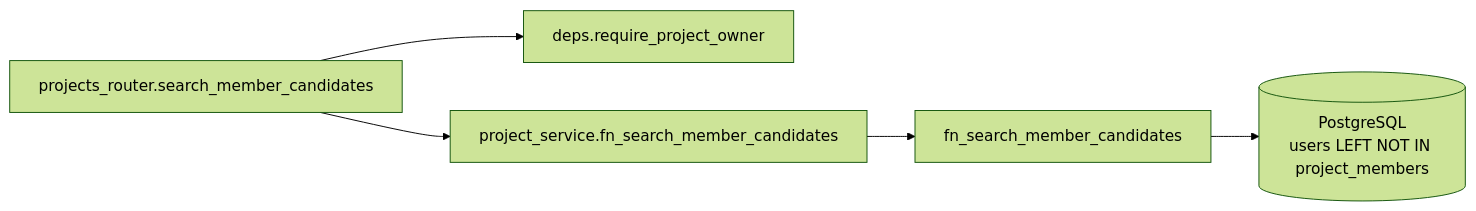
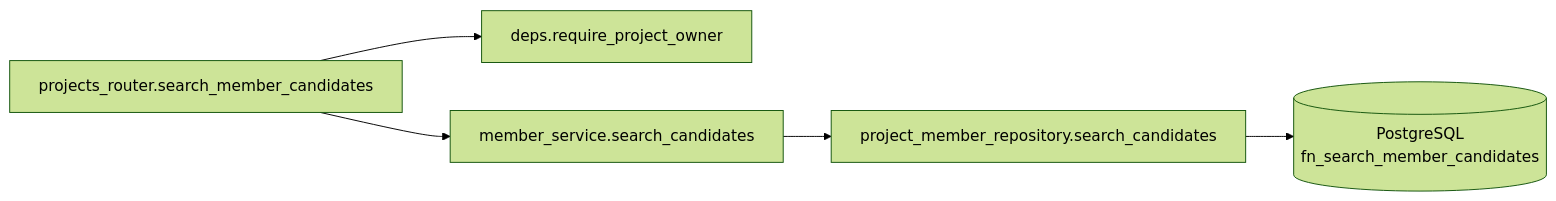
The third of 4 diagrams in docs/detailed_design/api/projects/08_get_project_member_candidates.md (oikawa-d/task_management), drawn with Mermaid (forest theme) before and after one commit. The commit also changed other lines of this file and 4 other files, not shown here.

````diff
--- a/docs/detailed_design/api/projects/08_get_project_member_candidates.md
+++ b/docs/detailed_design/api/projects/08_get_project_member_candidates.md
@@ -162,7 +162,7 @@
 ```mermaid
 flowchart LR
     R["projects_router.search_member_candidates"] --> D["deps.require_project_owner"]
-    R --> S["project_service.fn_search_member_candidates"]
-    S --> UR["fn_search_member_candidates"]
-    UR --> PG[("PostgreSQL<br/>users LEFT NOT IN project_members")]
+    R --> S["member_service.search_candidates"]
+    S --> RP["project_member_repository.search_candidates"]
+    RP --> PG[("PostgreSQL<br/>fn_search_member_candidates")]
 ```
````
